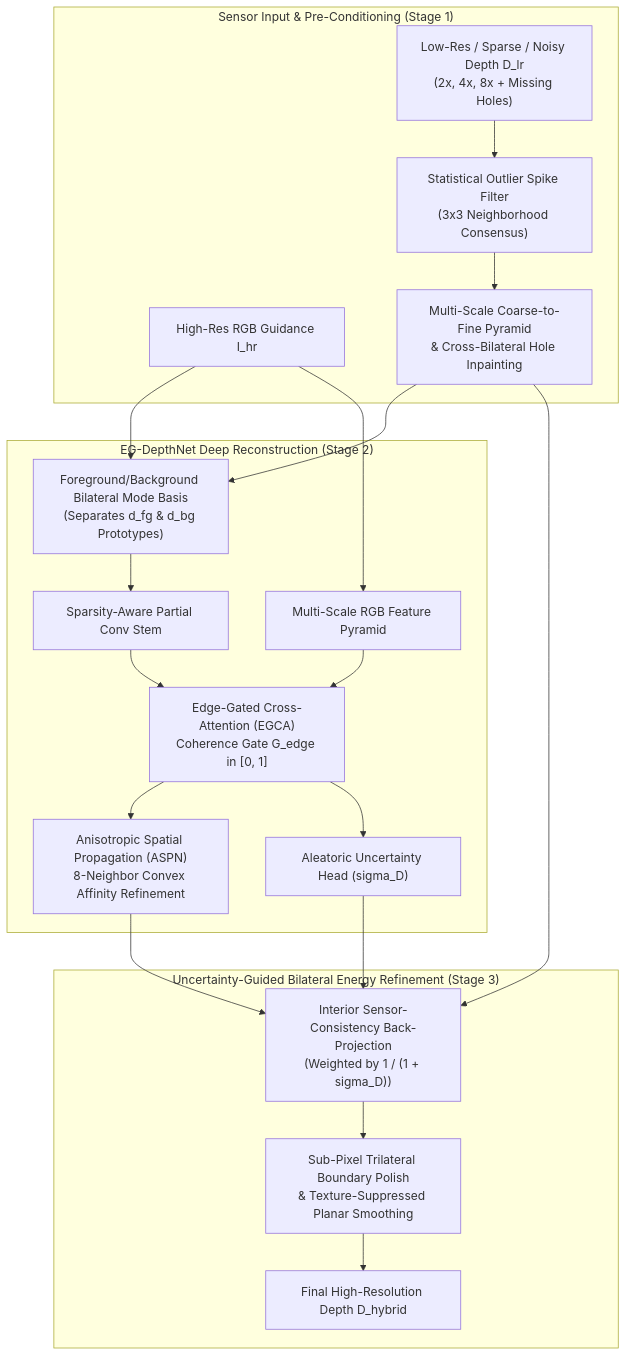
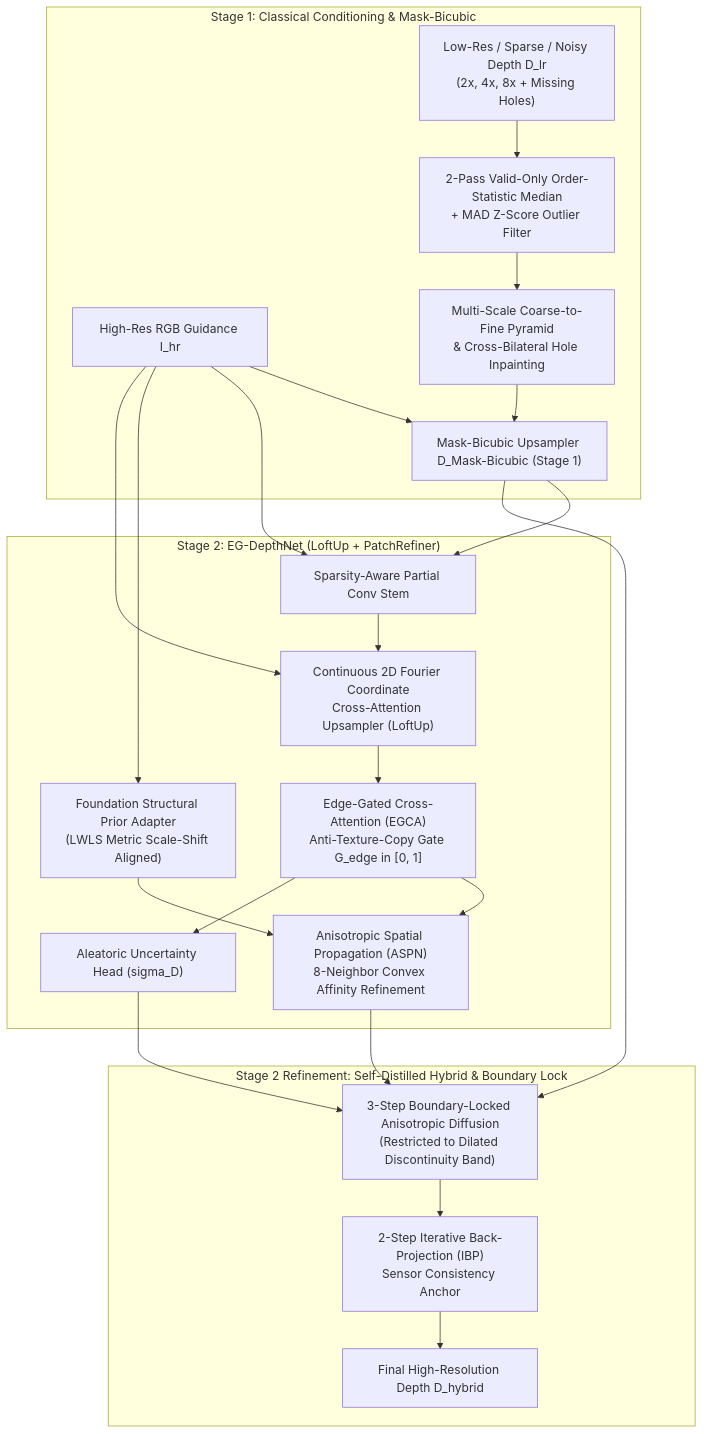
One commit to shlokbshetty/CV-HACKTHON changed the diagram in eval_P4_TeamID.md. Above: the diagram before and after it, drawn with Mermaid. The commit also changed other lines of this file, not shown here.

Commit message:
Update eval_P4_TeamID.md with Two-Stage PatchRefiner + LoftUp architecture and DBE formulation

````diff
--- a/eval_P4_TeamID.md
+++ b/eval_P4_TeamID.md
@@ -24,30 +24,33 @@
 ```mermaid
 flowchart TD
-    subgraph InputStage["Sensor Input & Pre-Conditioning (Stage 1)"]
+    subgraph Stage1["Stage 1: Classical Conditioning & Mask-Bicubic"]
         LR["Low-Res / Sparse / Noisy Depth D_lr\n(2x, 4x, 8x + Missing Holes)"]
         RGB["High-Res RGB Guidance I_hr"]
-        OUTLIER["Statistical Outlier Spike Filter\n(3x3 Neighborhood Consensus)"]
+        OUTLIER["2-Pass Valid-Only Order-Statistic Median\n+ MAD Z-Score Outlier Filter"]
         PYR["Multi-Scale Coarse-to-Fine Pyramid\n& Cross-Bilateral Hole Inpainting"]
-        LR --> OUTLIER --> PYR
+        MB["Mask-Bicubic Upsampler D_Mask-Bicubic (Stage 1)"]
+        LR --> OUTLIER --> PYR --> MB
+        RGB --> MB
     end
 
-    subgraph DeepStage["EG-DepthNet Deep Reconstruction (Stage 2)"]
-        MODE["Foreground/Background Bilateral Mode Basis\n(Separates d_fg & d_bg Prototypes)"]
+    subgraph Stage2["Stage 2: EG-DepthNet (LoftUp + PatchRefiner)"]
+        PRIOR["Foundation Structural Prior Adapter\n(LWLS Metric Scale-Shift Aligned)"]
+        COORD["Continuous 2D Fourier Coordinate\nCross-Attention Upsampler (LoftUp)"]
         STEM["Sparsity-Aware Partial Conv Stem"]
-        RGB_PYR["Multi-Scale RGB Feature Pyramid"]
-        EGCA["Edge-Gated Cross-Attention (EGCA)\nCoherence Gate G_edge in [0, 1]"]
+        EGCA["Edge-Gated Cross-Attention (EGCA)\nAnti-Texture-Copy Gate G_edge in [0, 1]"]
         ASPN["Anisotropic Spatial Propagation (ASPN)\n8-Neighbor Convex Affinity Refinement"]
         UNC["Aleatoric Uncertainty Head (sigma_D)"]
-        PYR & RGB --> MODE --> STEM
-        RGB --> RGB_PYR
-        STEM & RGB_PYR --> EGCA --> ASPN
+        MB & RGB --> STEM
+        RGB --> PRIOR
+        STEM & RGB --> COORD --> EGCA
+        PRIOR & EGCA --> ASPN
         EGCA --> UNC
     end
 
-    subgraph HybridStage["Uncertainty-Guided Bilateral Energy Refinement (Stage 3)"]
-        BP["Interior Sensor-Consistency Back-Projection\n(Weighted by 1 / (1 + sigma_D))"]
-        TRILAT["Sub-Pixel Trilateral Boundary Polish\n& Texture-Suppressed Planar Smoothing"]
+    subgraph Stage3["Stage 2 Refinement: Self-Distilled Hybrid & Boundary Lock"]
+        BLAD["3-Step Boundary-Locked Anisotropic Diffusion\n(Restricted to Dilated Discontinuity Band)"]
+        BP["2-Step Iterative Back-Projection (IBP)\nSensor Consistency Anchor"]
         FINAL["Final High-Resolution Depth D_hybrid"]
-        ASPN & UNC & PYR --> BP --> TRILAT --> FINAL
+        ASPN & UNC & MB --> BLAD --> BP --> FINAL
     end
 ```
````
